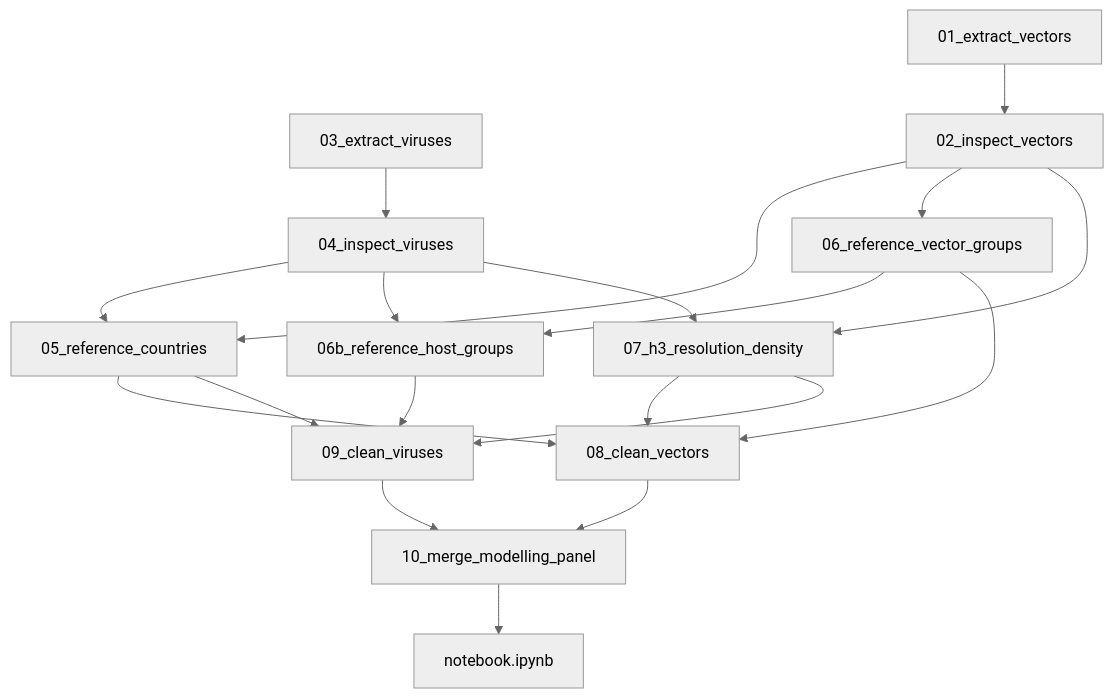
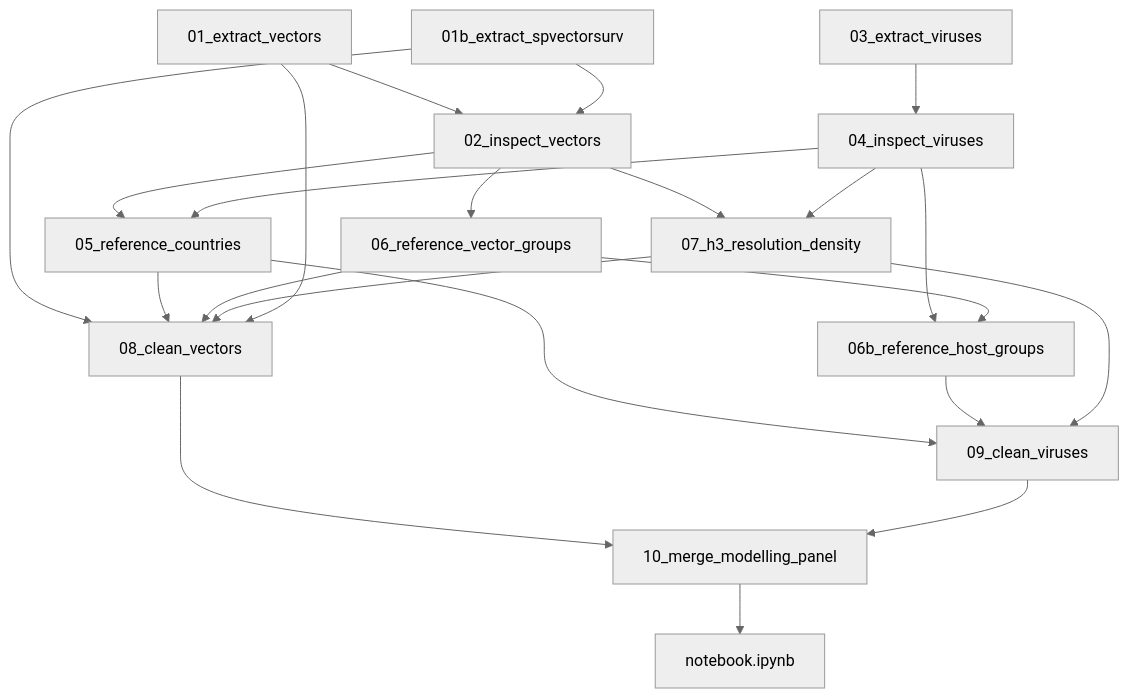
Before and after one commit to GustavoRusso/vector-guard: the diagram in specs/04-reference-data-and-panel-pipeline.md, drawn with Mermaid (neutral theme). The commit also changed other lines of this file and 1 other file, not shown here.

Commit message:
Modified spects to defined the addition of a secondary vector source (SPVECTORSURV) alongside the primary VectorNet observations

````diff
--- a/specs/04-reference-data-and-panel-pipeline.md
+++ b/specs/04-reference-data-and-panel-pipeline.md
@@ -225,34 +227,38 @@
 ```mermaid
 flowchart TD
   extractV["01_extract_vectors"]
+  extractSp["01b_extract_spvectorsurv"]
   extractU["03_extract_viruses"]
   edaV["02_inspect_vectors"]
   edaU["04_inspect_viruses"]
   refCountries["05_reference_countries"]
   refTaxa["06_reference_vector_groups"]
   refHosts["06b_reference_host_groups"]
   h3Density["07_h3_resolution_density"]
   cleanV["08_clean_vectors"]
   cleanU["09_clean_viruses"]
   merge["10_merge_modelling_panel"]
   courseNb["notebook.ipynb"]
 
   extractV --> edaV
+  extractSp --> edaV
+  extractSp --> cleanV
   extractU --> edaU
   edaV --> refCountries
   edaU --> refCountries
   edaV --> refTaxa
   edaU --> refHosts
   refTaxa --> refHosts
   edaV --> h3Density
   edaU --> h3Density
   refCountries --> cleanV
   refCountries --> cleanU
   refTaxa --> cleanV
   refHosts --> cleanU
   h3Density --> cleanV
   h3Density --> cleanU
+  extractV --> cleanV
   cleanV --> merge
   cleanU --> merge
   merge --> courseNb
 ```
````
